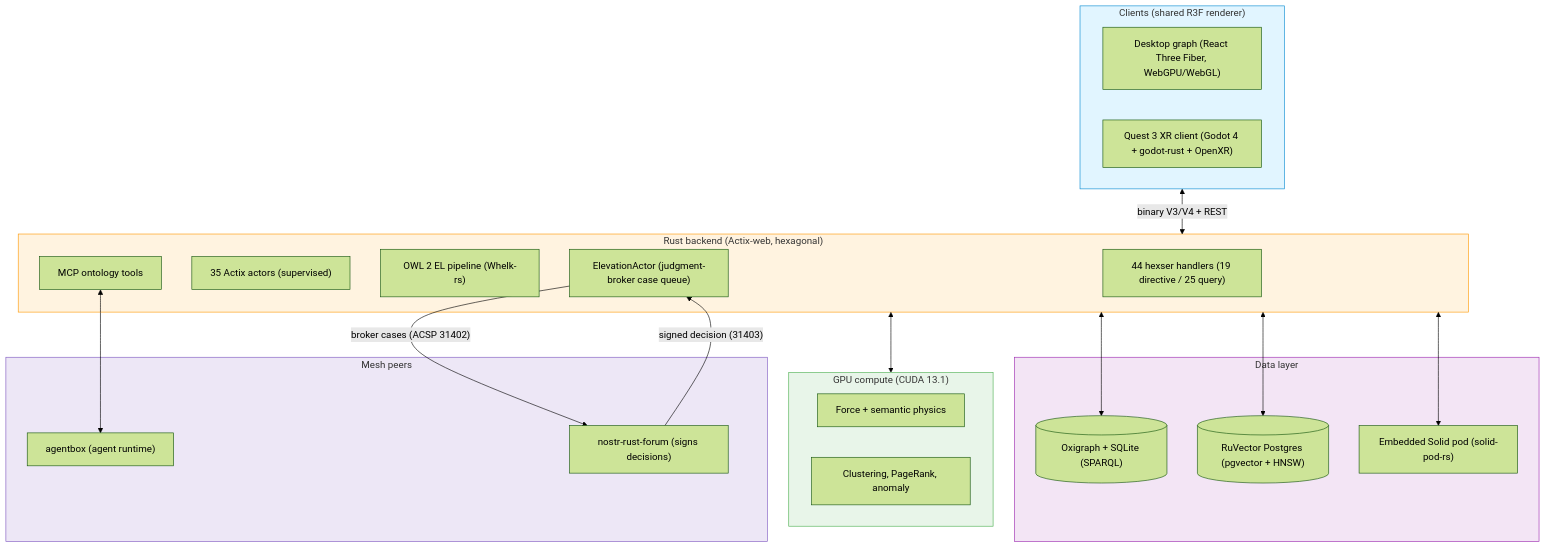
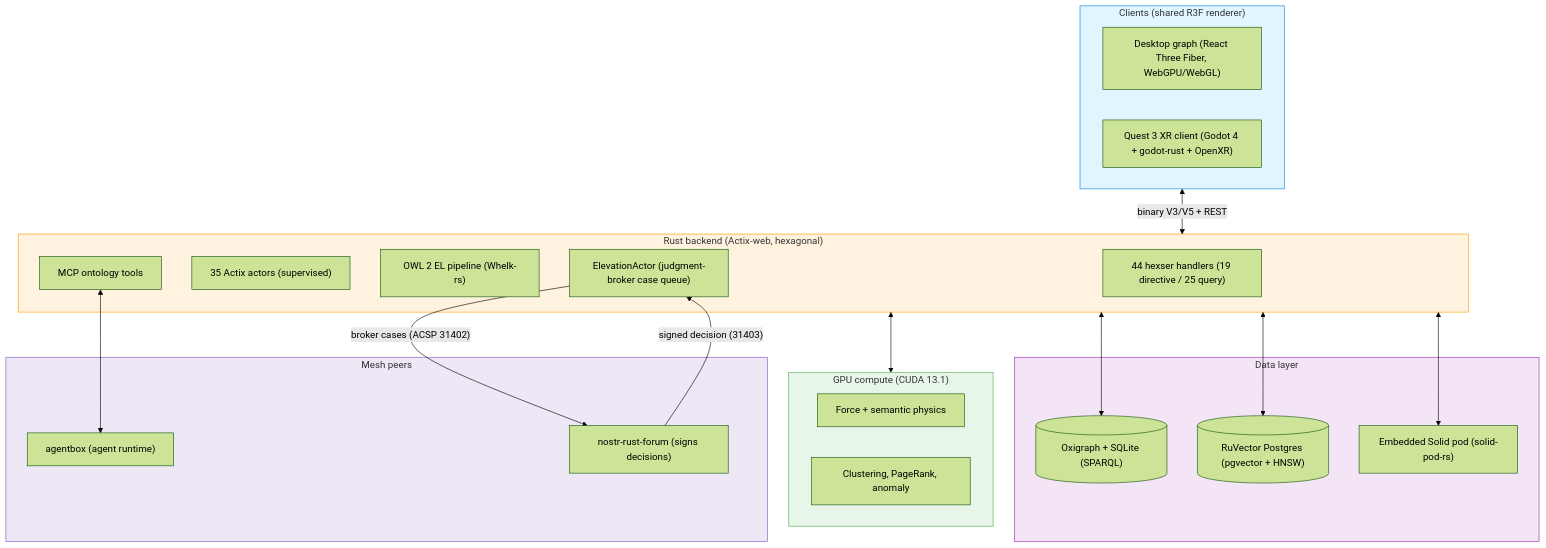
Before and after one commit to DreamLab-AI/AR-AI-Knowledge-Graph: the diagram in README.md, drawn with Mermaid (forest theme). The commit also changed other lines of this file and 4 other files, not shown here.

````diff
--- a/README.md
+++ b/README.md
@@ -58,46 +58,46 @@
 ```mermaid
 flowchart TB
     subgraph Client["Clients (shared R3F renderer)"]
         Desktop["Desktop graph (React Three Fiber, WebGPU/WebGL)"]
         XR["Quest 3 XR client (Godot 4 + godot-rust + OpenXR)"]
     end
 
     subgraph Server["Rust backend (Actix-web, hexagonal)"]
         Handlers["44 hexser handlers (19 directive / 25 query)"]
         Actors["35 Actix actors (supervised)"]
         Ontology["OWL 2 EL pipeline (Whelk-rs)"]
         Elevation["ElevationActor (judgment-broker case queue)"]
         MCP["MCP ontology tools"]
     end
 
     subgraph Data["Data layer"]
         Oxigraph[("Oxigraph + SQLite (SPARQL)")]
         RuVector[("RuVector Postgres (pgvector + HNSW)")]
         Solid["Embedded Solid pod (solid-pod-rs)"]
     end
 
     subgraph GPU["GPU compute (CUDA 13.1)"]
         Physics["Force + semantic physics"]
         Analytics["Clustering, PageRank, anomaly"]
     end
 
     subgraph Mesh["Mesh peers"]
         AB["agentbox (agent runtime)"]
         Forum["nostr-rust-forum (signs decisions)"]
     end
 
-    Client <-->|"binary V3/V4 + REST"| Server
+    Client <-->|"binary V3/V5 + REST"| Server
     Server <--> Oxigraph
     Server <--> RuVector
     Server <--> Solid
     Server <--> GPU
     MCP <--> AB
     Elevation -->|"broker cases (ACSP 31402)"| Forum
     Forum -->|"signed decision (31403)"| Elevation
 
     style Client fill:#e1f5ff,stroke:#0288d1
     style Server fill:#fff3e0,stroke:#ff9800
     style Data fill:#f3e5f5,stroke:#9c27b0
     style GPU fill:#e8f5e9,stroke:#4caf50
     style Mesh fill:#ede7f6,stroke:#7e57c1
 ```
````
